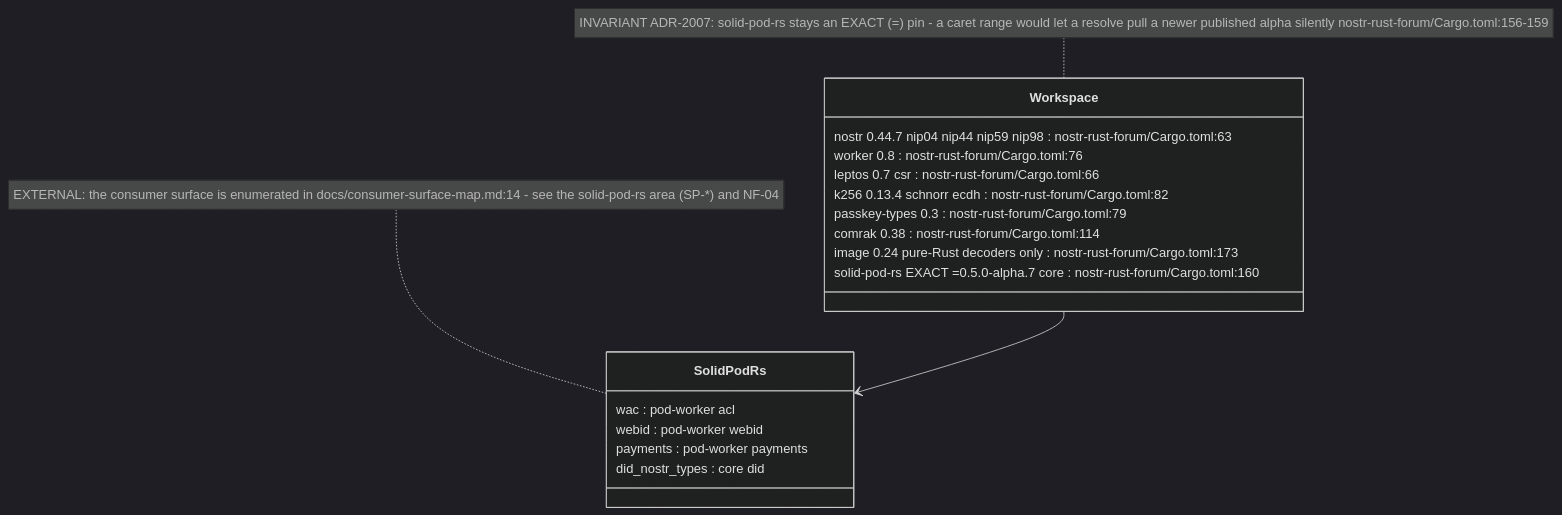
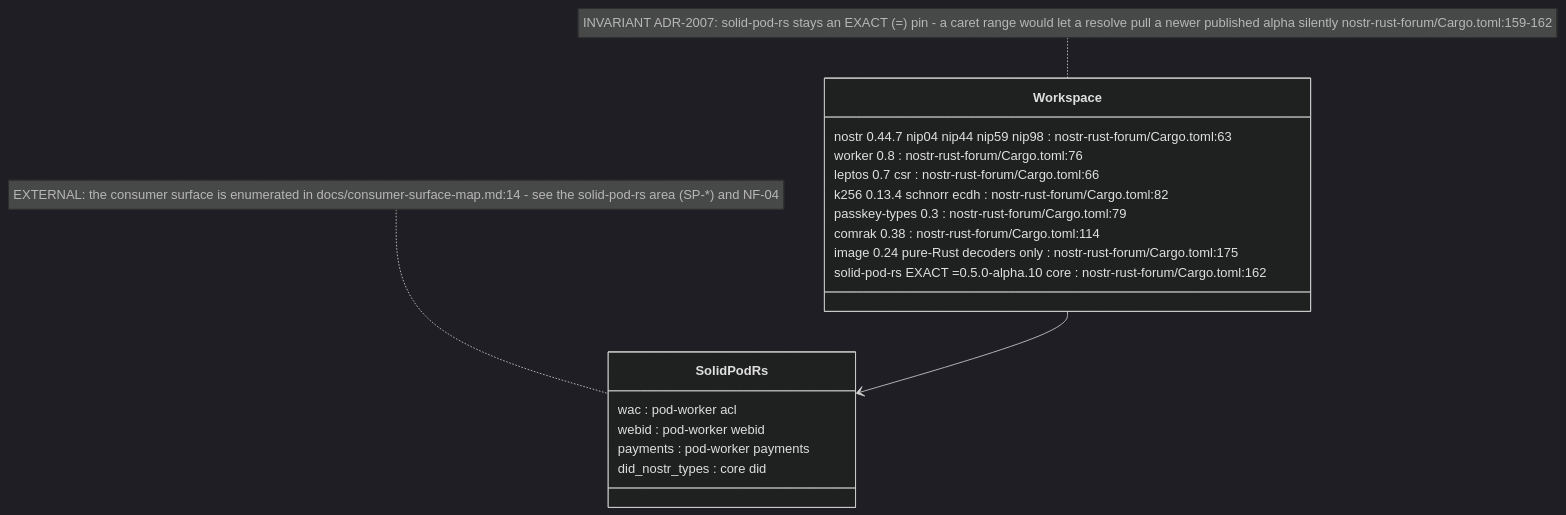
The fourth of 6 diagrams in docs/diagrams/nostr-rust-forum/01-workspace-and-worker-topology.md (DreamLab-AI/VisionFlow), drawn with Mermaid (dark theme) before and after one commit. The commit also changed other lines of this file and 94 other files, not shown here.

First line of the commit message:
docs(diagrams): re-verify 130 topics against 2 October HEADs

````diff
--- a/docs/diagrams/nostr-rust-forum/01-workspace-and-worker-topology.md
+++ b/docs/diagrams/nostr-rust-forum/01-workspace-and-worker-topology.md
@@ -138,23 +138,23 @@
 ```mermaid
 classDiagram
     class Workspace {
         nostr 0.44.7 nip04 nip44 nip59 nip98 : nostr-rust-forum/Cargo.toml:63
         worker 0.8 : nostr-rust-forum/Cargo.toml:76
         leptos 0.7 csr : nostr-rust-forum/Cargo.toml:66
         k256 0.13.4 schnorr ecdh : nostr-rust-forum/Cargo.toml:82
         passkey-types 0.3 : nostr-rust-forum/Cargo.toml:79
         comrak 0.38 : nostr-rust-forum/Cargo.toml:114
-        image 0.24 pure-Rust decoders only : nostr-rust-forum/Cargo.toml:173
-        solid-pod-rs EXACT =0.5.0-alpha.7 core : nostr-rust-forum/Cargo.toml:160
+        image 0.24 pure-Rust decoders only : nostr-rust-forum/Cargo.toml:175
+        solid-pod-rs EXACT =0.5.0-alpha.10 core : nostr-rust-forum/Cargo.toml:162
     }
     class SolidPodRs {
         wac : pod-worker acl
         webid : pod-worker webid
         payments : pod-worker payments
         did_nostr_types : core did
     }
     Workspace --> SolidPodRs
 
-    note for Workspace "INVARIANT ADR-2007: solid-pod-rs stays an EXACT (=) pin - a caret range would let a resolve pull a newer published alpha silently nostr-rust-forum/Cargo.toml:156-159"
+    note for Workspace "INVARIANT ADR-2007: solid-pod-rs stays an EXACT (=) pin - a caret range would let a resolve pull a newer published alpha silently nostr-rust-forum/Cargo.toml:159-162"
     note for SolidPodRs "EXTERNAL: the consumer surface is enumerated in docs/consumer-surface-map.md:14 - see the solid-pod-rs area (SP-*) and NF-04"
 ```
````
